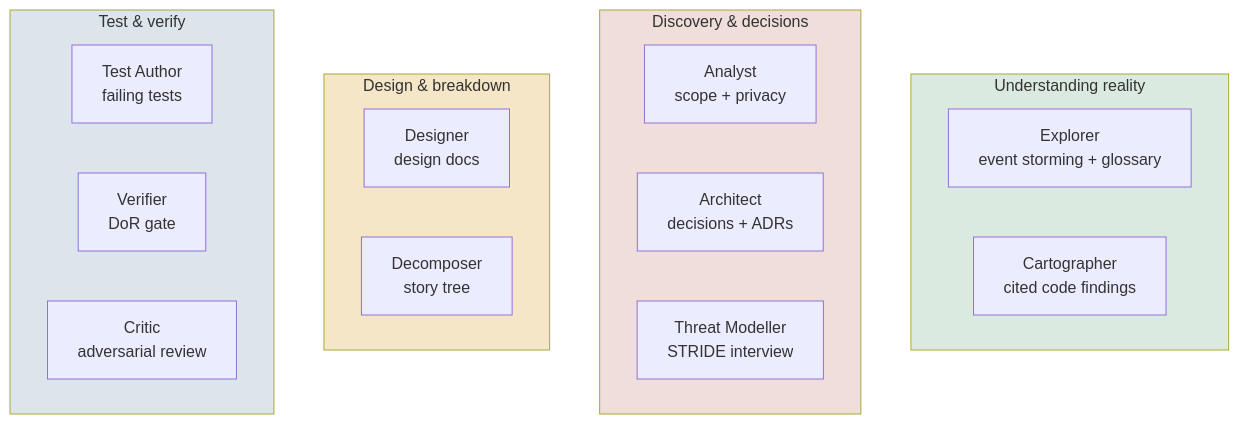
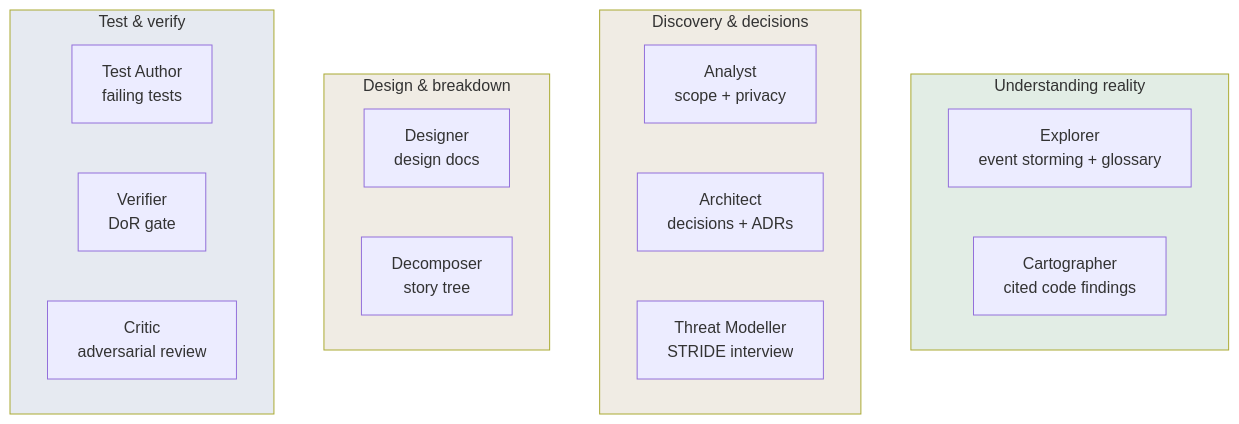
The fourth of 17 diagrams in METHOD.md (nlawstudio/ai-refinement-method), drawn with Mermaid before and after one commit. The commit also changed other lines of this file and 4 other files, not shown here.

````diff
--- a/METHOD.md
+++ b/METHOD.md
@@ -203,29 +203,29 @@
 ```mermaid
 flowchart TB
     subgraph Understand["Understanding reality"]
         Explorer[Explorer<br/>event storming + glossary]
         Cart[Cartographer<br/>cited code findings]
     end
 
     subgraph Discovery["Discovery & decisions"]
         Analyst[Analyst<br/>scope + privacy]
         Architect[Architect<br/>decisions + ADRs]
         Threat[Threat Modeller<br/>STRIDE interview]
     end
 
     subgraph Design["Design & breakdown"]
         Des[Designer<br/>design docs]
         Dec[Decomposer<br/>story tree]
     end
 
     subgraph Spec["Test & verify"]
         TA[Test Author<br/>failing tests]
         V[Verifier<br/>DoR gate]
         Critic[Critic<br/>adversarial review]
     end
 
-    style Understand fill:#DBEAE1
-    style Discovery fill:#EFDED9
-    style Design fill:#F4E6C6
-    style Spec fill:#DCE4EC
+    style Understand fill:#E2EDE5
+    style Discovery fill:#F0ECE4
+    style Design fill:#F0ECE4
+    style Spec fill:#E6EAF1
 ```
````
